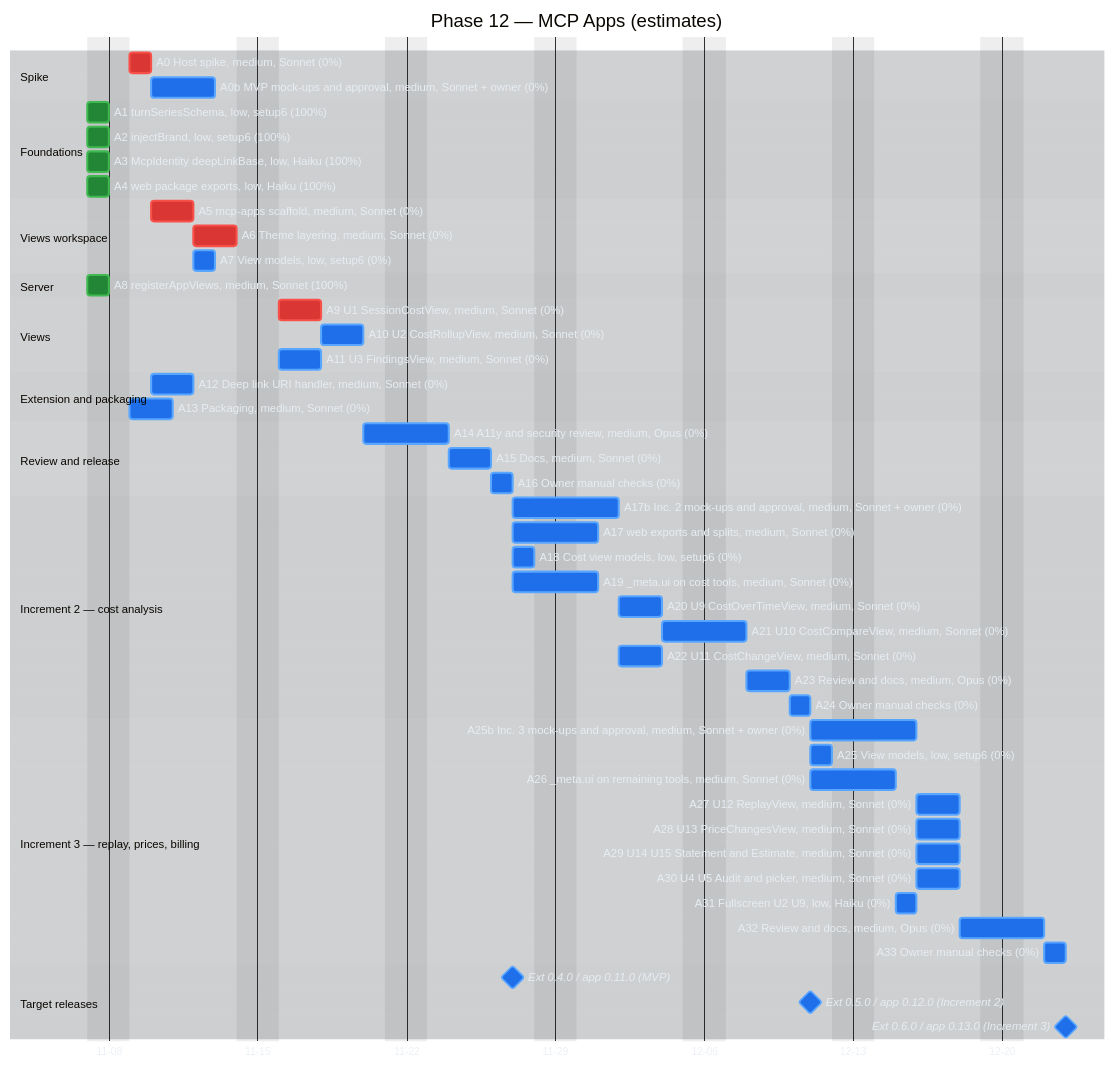
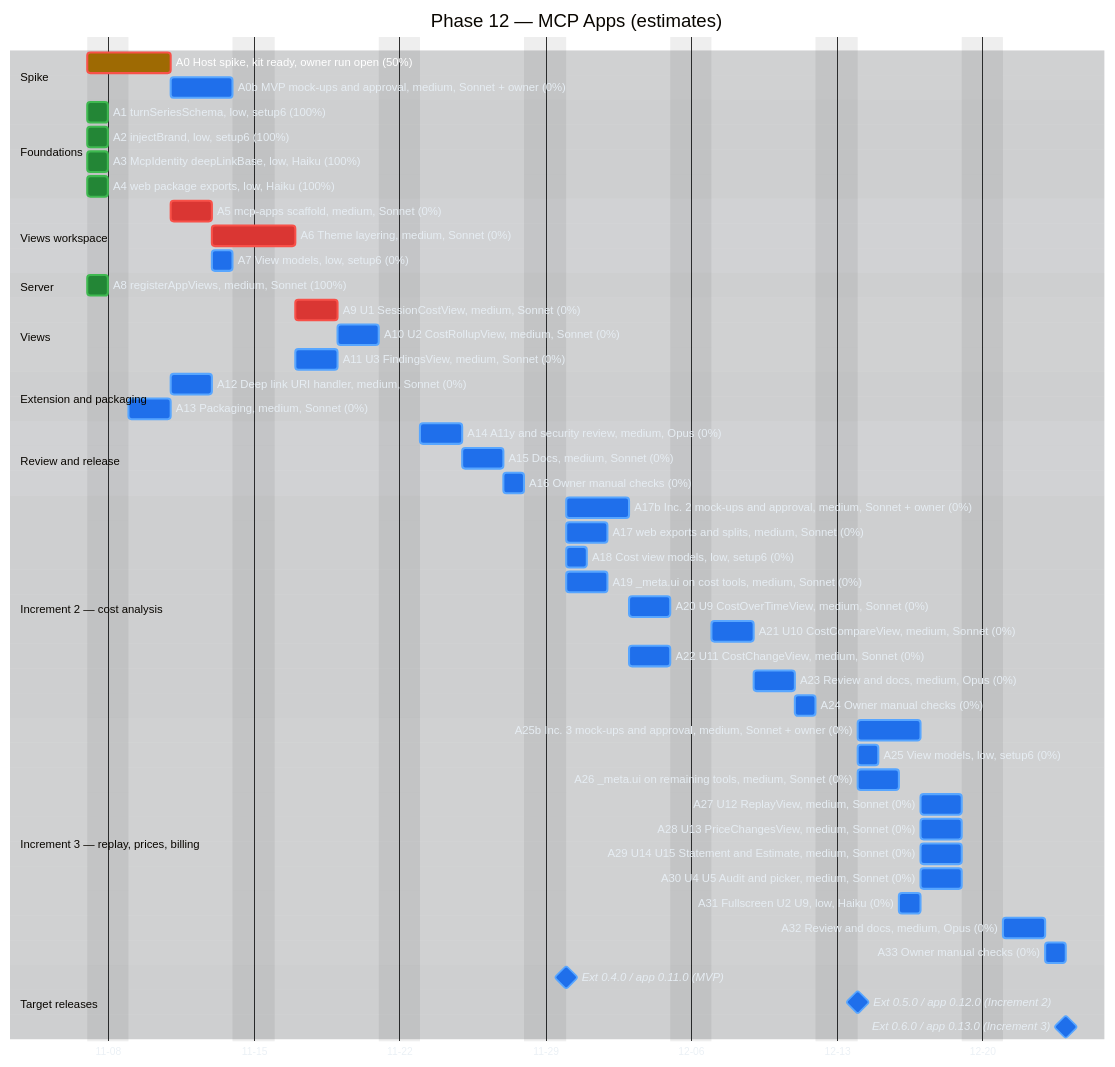
Before and after one commit to raulkivi/agent-cost-analyzer: the second of 3 diagrams in docs/implementation-plan-gantt.md, drawn with Mermaid. The commit also changed other lines of this file and 1 other file, not shown here.

First line of the commit message:
docs: Phase 12 A0 spike kit ready, owner run open (Gantt, checklist header)

```diff
--- a/docs/implementation-plan-gantt.md
+++ b/docs/implementation-plan-gantt.md
@@ -153,7 +153,7 @@
     excludes weekends
 
     section Spike
-    A0 Host spike, medium, Sonnet (0%)           :crit, a0, 2026-11-09, 1d
+    A0 Host spike, kit ready, owner run open (50%) :crit, active, a0, 2026-11-07, 3d
     A0b MVP mock-ups and approval, medium, Sonnet + owner (0%) :a0b, after a0, 3d
 
     section Foundations
```
